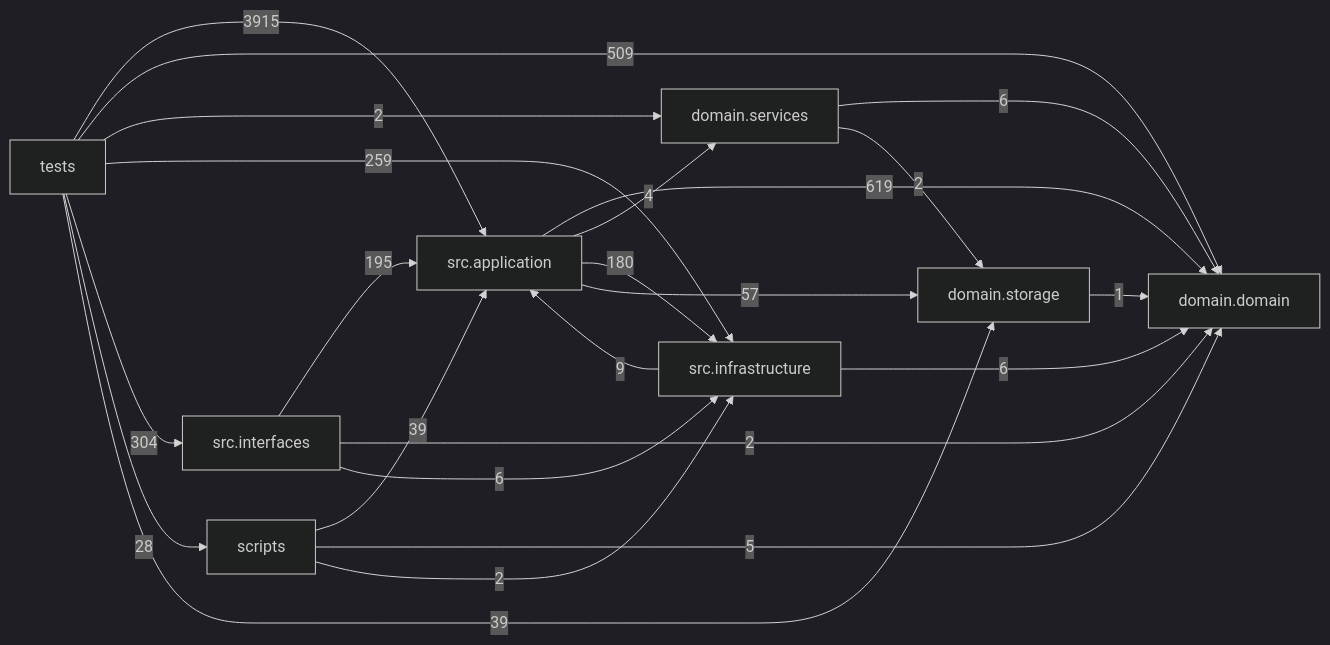
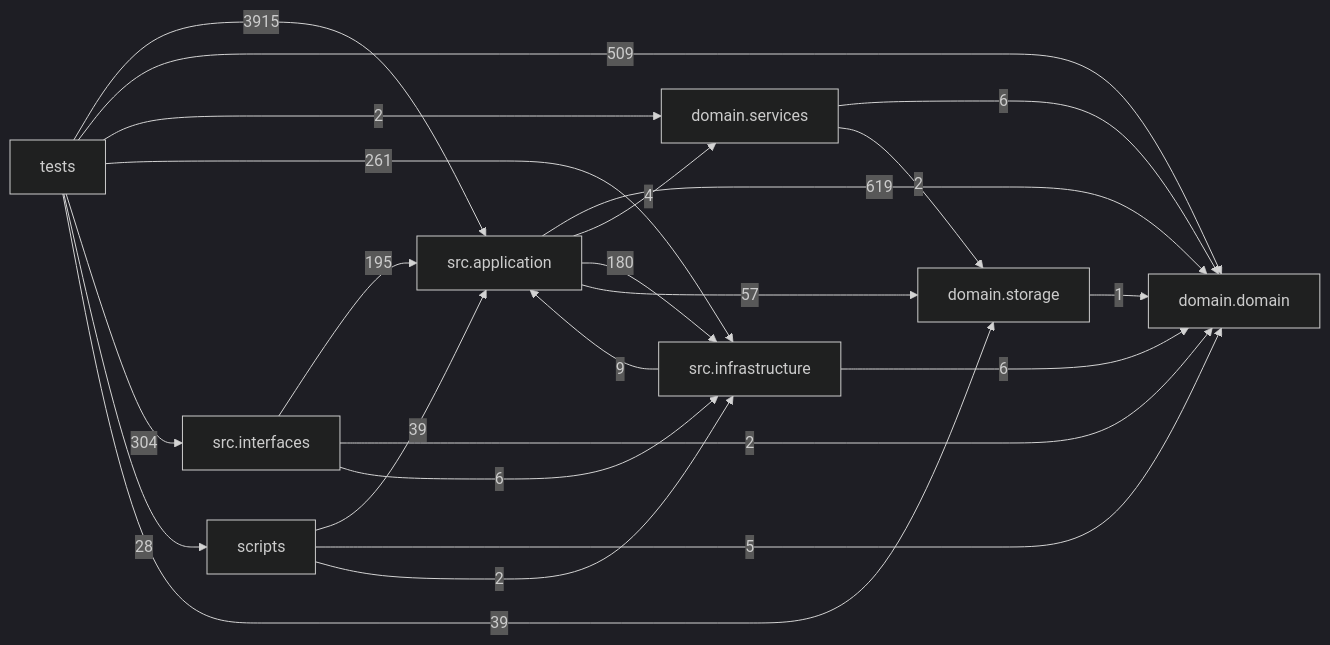
The diagram in docs/DEPENDENCY_GRAPH.md (liuxie066/options-monitor), drawn with Mermaid (dark theme) before and after one commit. The commit also changed other lines of this file and 1 other file, not shown here.

````diff
--- a/docs/DEPENDENCY_GRAPH.md
+++ b/docs/DEPENDENCY_GRAPH.md
@@ -24,33 +24,33 @@
 ```mermaid
 flowchart LR
   tests["tests"]
   scripts["scripts"]
   interfaces["src.interfaces"]
   application["src.application"]
   infrastructure["src.infrastructure"]
   domain_services["domain.services"]
   domain["domain.domain"]
   storage["domain.storage"]
   application -->|619| domain
   application -->|4| domain_services
   application -->|180| infrastructure
   application -->|57| storage
   domain_services -->|6| domain
   domain_services -->|2| storage
   infrastructure -->|9| application
   infrastructure -->|6| domain
   interfaces -->|195| application
   interfaces -->|2| domain
   interfaces -->|6| infrastructure
   scripts -->|39| application
   scripts -->|5| domain
   scripts -->|2| infrastructure
   storage -->|1| domain
   tests -->|3915| application
   tests -->|509| domain
   tests -->|2| domain_services
-  tests -->|259| infrastructure
+  tests -->|261| infrastructure
   tests -->|304| interfaces
   tests -->|28| scripts
   tests -->|39| storage
 ```
````
